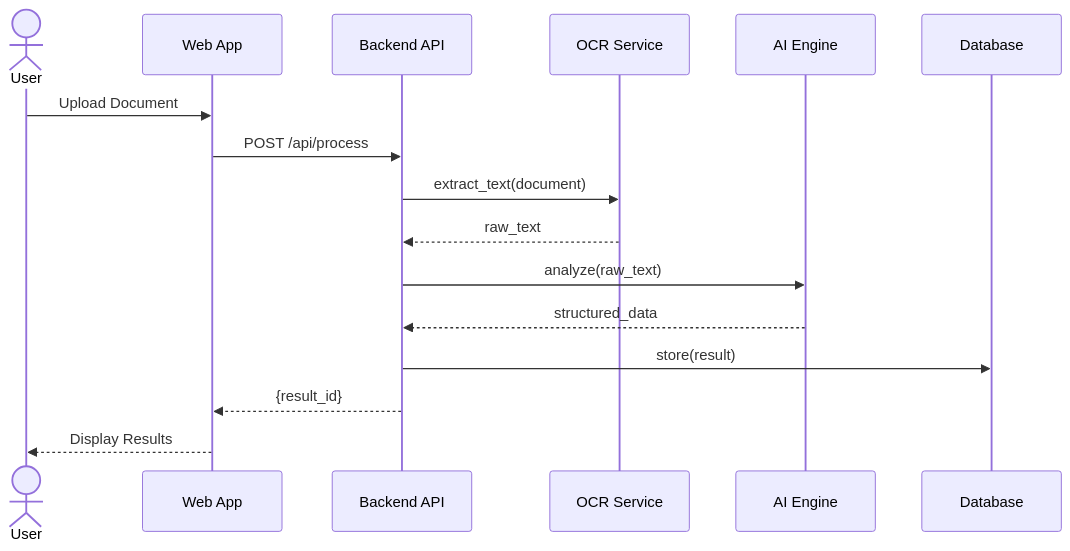
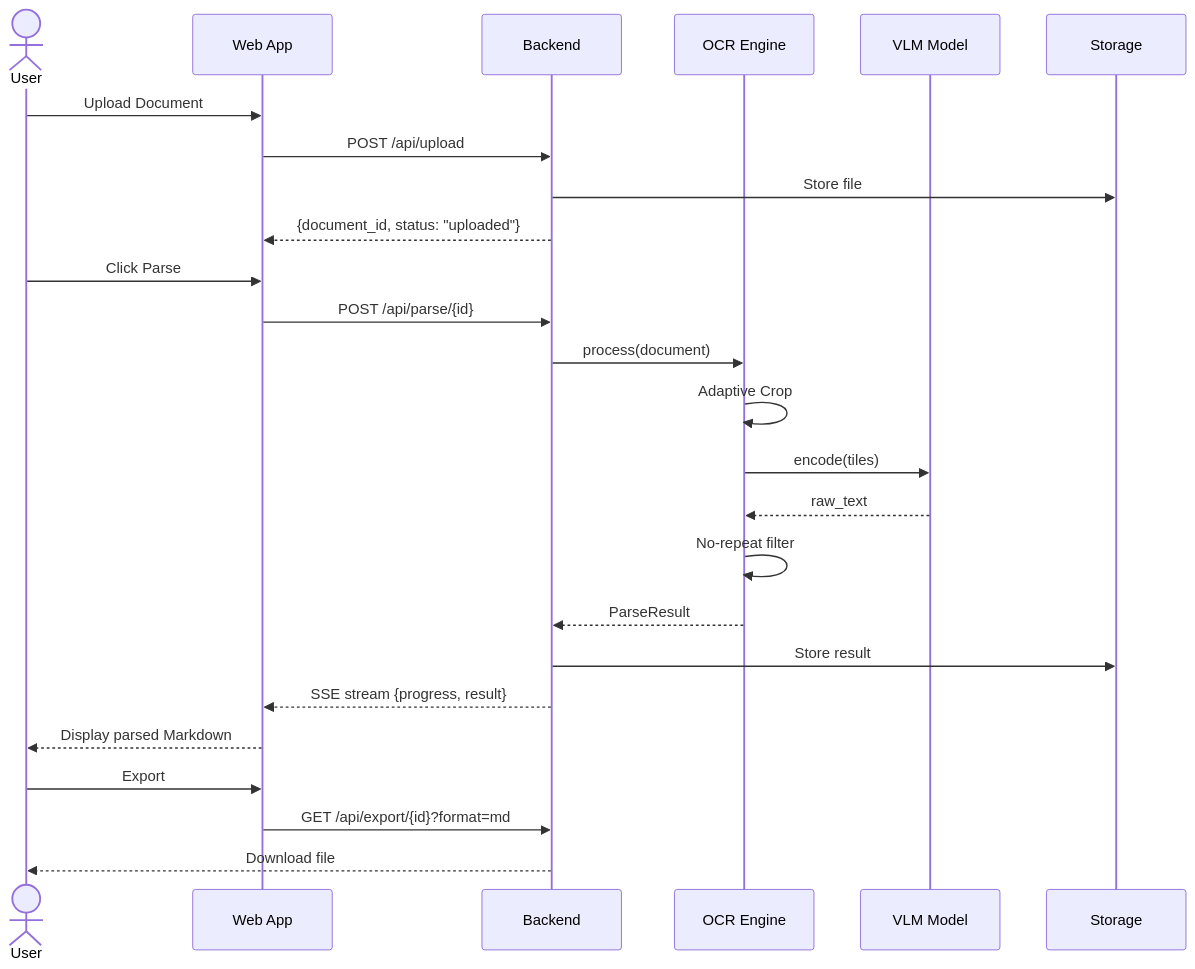
One commit to karun99/Collabuild changed the seventh of 12 diagrams in pipeline_report.md. Above: the diagram before and after it, drawn with Mermaid. The commit also changed other lines of this file and 17 other files, not shown here.

````diff
--- a/pipeline_report.md
+++ b/pipeline_report.md
@@ -233,19 +303,30 @@
 ```mermaid
 sequenceDiagram
     actor User
     participant UI as Web App
-    participant API as Backend API
-    participant OCR as OCR Service
-    participant AI as AI Engine
-    participant DB as Database
+    participant API as Backend
+    participant OCR as OCR Engine
+    participant VLM as VLM Model
+    participant DB as Storage
 
     User->>UI: Upload Document
-    UI->>API: POST /api/process
-    API->>OCR: extract_text(document)
-    OCR-->>API: raw_text
-    API->>AI: analyze(raw_text)
-    AI-->>API: structured_data
-    API->>DB: store(result)
-    API-->>UI: {result_id}
-    UI-->>User: Display Results
+    UI->>API: POST /api/upload
+    API->>DB: Store file
+    API-->>UI: {document_id, status: "uploaded"}
+
+    User->>UI: Click Parse
+    UI->>API: POST /api/parse/{id}
+    API->>OCR: process(document)
+    OCR->>OCR: Adaptive Crop
+    OCR->>VLM: encode(tiles)
+    VLM-->>OCR: raw_text
+    OCR->>OCR: No-repeat filter
+    OCR-->>API: ParseResult
+    API->>DB: Store result
+    API-->>UI: SSE stream {progress, result}
+
+    UI-->>User: Display parsed Markdown
+    User->>UI: Export
+    UI->>API: GET /api/export/{id}?format=md
+    API-->>User: Download file
 ```
````
